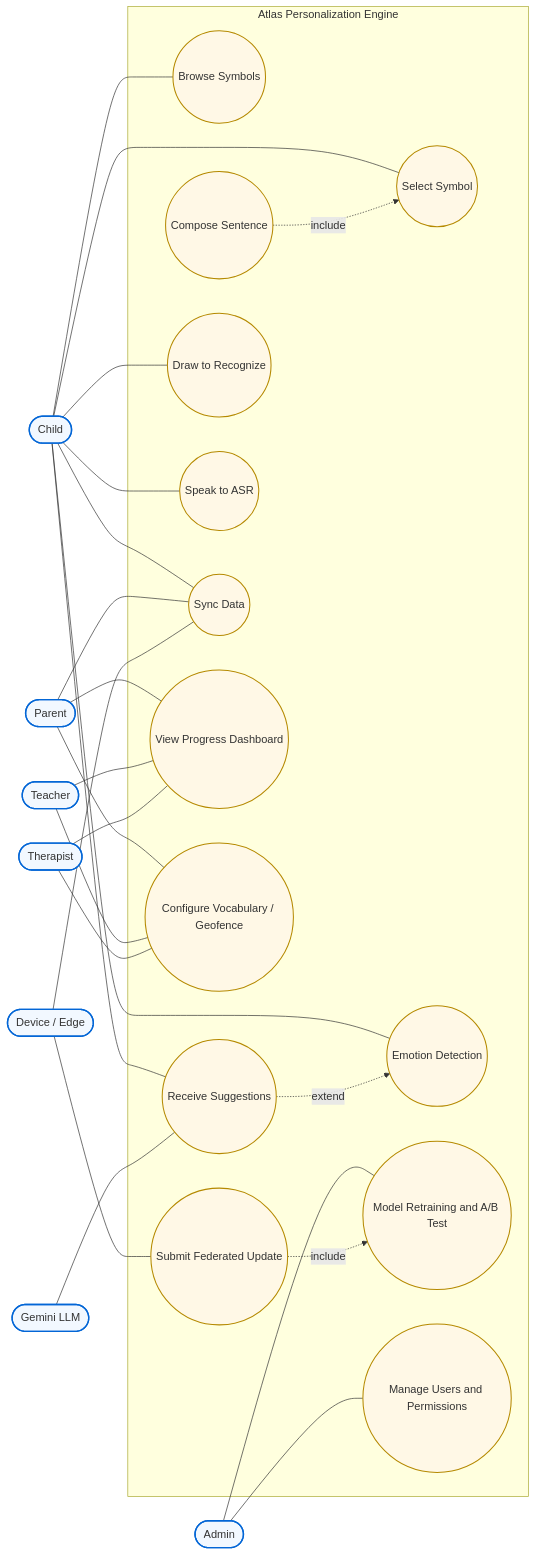
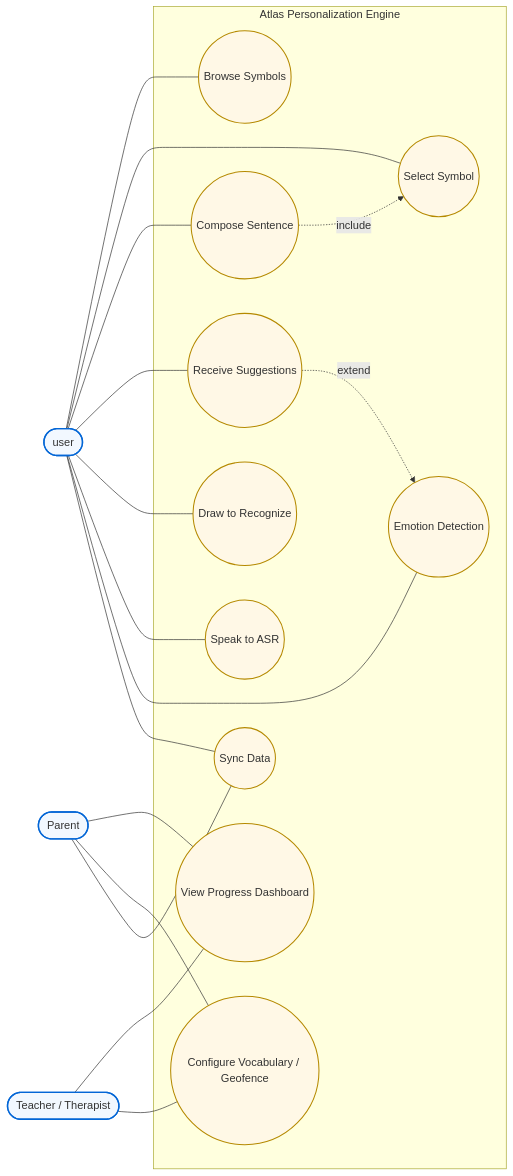
One commit to baltej223/software_engineering_project changed the diagram in usecasediar.md. Above: the diagram before and after it, drawn with Mermaid.

````diff
--- a/usecasediar.md
+++ b/usecasediar.md
@@ -7,13 +7,9 @@
   %% Actors
   %% =========================
 
-  C([Child])
+  S([user])
   P([Parent])
-  T([Teacher])
-  R([Therapist])
-  A([Admin])
-  D([Device / Edge])
-  L([Gemini LLM])
+  TT([Teacher / Therapist])
 
   %% =========================
   %% System Boundary
@@ -34,41 +30,27 @@
     PD((View Progress Dashboard))
     CV((Configure Vocabulary / Geofence))
 
-    FU((Submit Federated Update))
-    MR((Model Retraining and A/B Test))
-    MU((Manage Users and Permissions))
-
   end
 
   %% =========================
   %% Actor Associations
   %% =========================
 
-  C --- BS
-  C --- SS
-  C --- RS
-  C --- DR
-  C --- SA
-  C --- ED
-  C --- SY
+  S --- BS
+  S --- SS
+  S --- CS
+  S --- RS
+  S --- DR
+  S --- SA
+  S --- ED
+  S --- SY
 
   P --- PD
   P --- CV
   P --- SY
 
-  T --- PD
-  T --- CV
-
-  R --- PD
-  R --- CV
-
-  D --- FU
-  D --- SY
-
-  A --- MU
-  A --- MR
-
-  L --- RS
+  TT --- PD
+  TT --- CV
 
   %% =========================
   %% Include / Extend
@@ -76,7 +58,6 @@
 
   CS -.->|"include"| SS
   RS -.->|"extend"| ED
-  FU -.->|"include"| MR
 
   %% =========================
   %% Styling
@@ -85,6 +66,6 @@
   classDef actor fill:#f2f8ff,stroke:#0366d6,stroke-width:2px;
   classDef usecase fill:#fff8e6,stroke:#b58900,stroke-width:1.5px;
 
-  class C,P,T,R,A,D,L actor;
-  class BS,SS,CS,RS,DR,SA,ED,SY,PD,CV,FU,MR,MU usecase;
+  class S,P,TT actor;
+  class BS,SS,CS,RS,DR,SA,ED,SY,PD,CV usecase;
 ```
````
